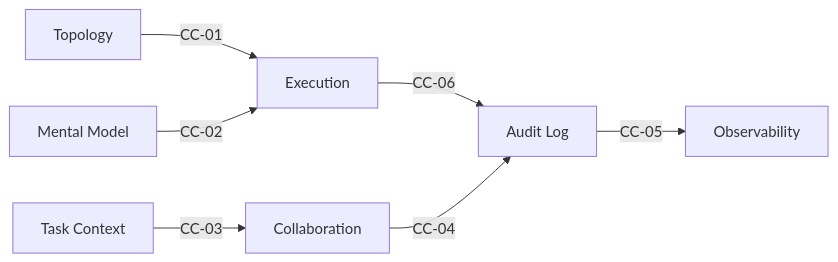
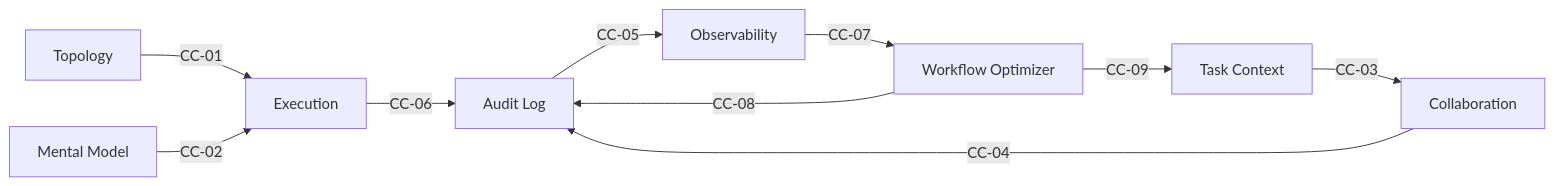
Before and after one commit to WMJOON/multi-swarm-orchestrator: the second of 2 diagrams in docs/pipelines.md, drawn with Mermaid. The commit also changed other lines of this file and 14 other files, not shown here.

First line of the commit message:
feat: add mso-workflow-optimizer skill (v0.0.6)

````diff
--- a/docs/pipelines.md
+++ b/docs/pipelines.md
@@ -52,10 +52,14 @@
 ```mermaid
 flowchart LR
     Topology -- CC-01 --> Execution
     MentalModel["Mental Model"] -- CC-02 --> Execution
     Execution -- CC-06 --> AuditLog["Audit Log"]
 
     TaskContext["Task Context"] -- CC-03 --> Collaboration
     Collaboration -- CC-04 --> AuditLog
     AuditLog -- CC-05 --> Observability
+
+    Observability -- CC-07 --> Optimizer["Workflow Optimizer"]
+    Optimizer -- CC-08 --> AuditLog
+    Optimizer -- CC-09 --> TaskContext
 ```
````
